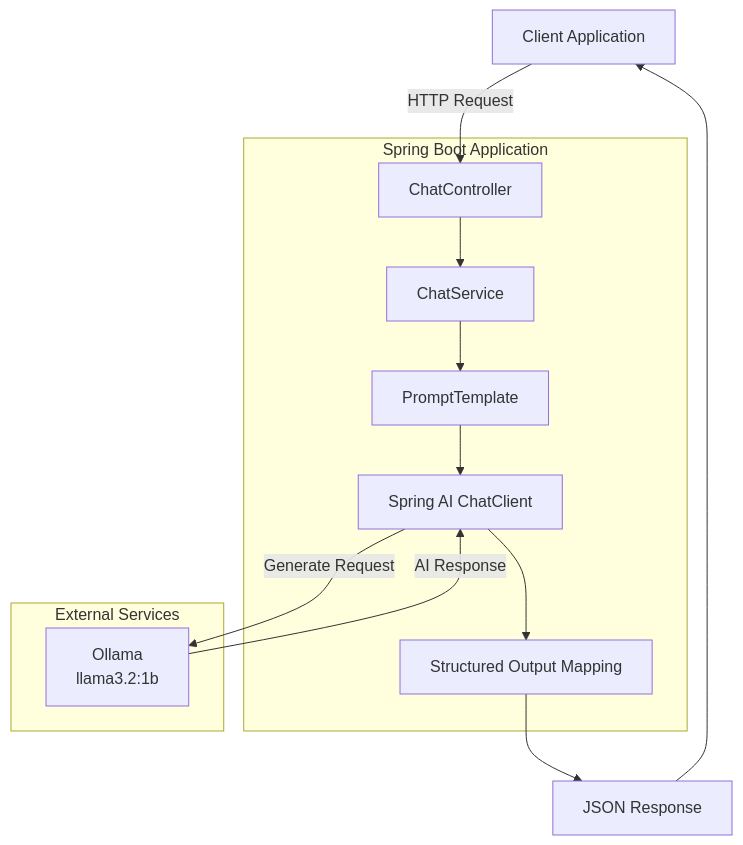
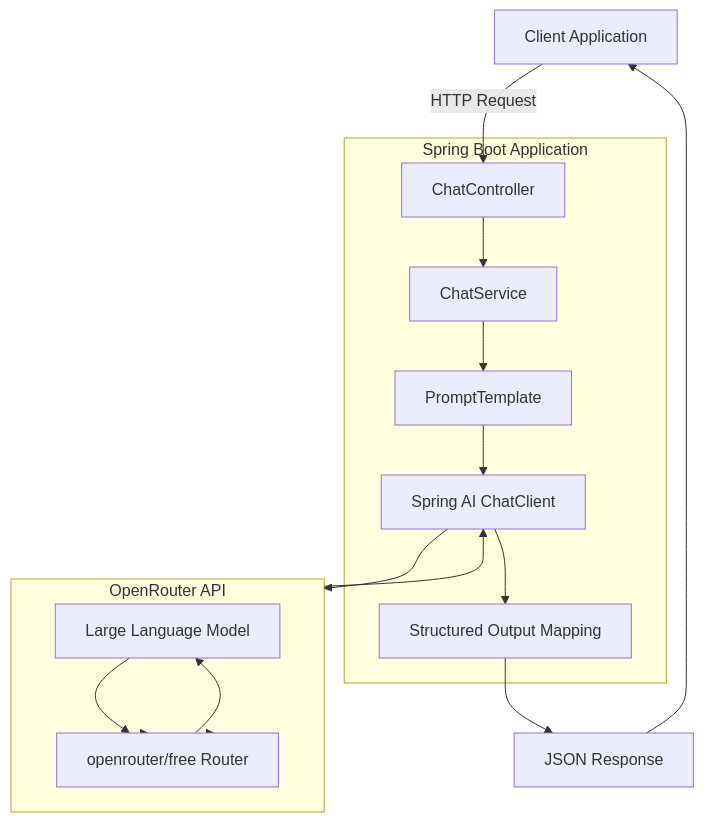
One commit to Evgen242/spring-ai-chat changed the diagram in README.md. Above: the diagram before and after it, drawn with Mermaid. The commit also changed other lines of this file and 4 other files, not shown here.

First line of the commit message:
feat: migrate from Ollama to OpenRouter API

````diff
--- a/README.md
+++ b/README.md
@@ -77,48 +71,33 @@
 ```mermaid
 flowchart TD
-
     Client[Client Application]
 
     subgraph SpringBoot["Spring Boot Application"]
-
         Controller[ChatController]
-
         Service[ChatService]
-
         Prompt[PromptTemplate]
-
         AI[Spring AI ChatClient]
-
         Parser[Structured Output Mapping]
-
     end
 
-
-    subgraph External["External Services"]
-
-        Ollama[Ollama<br/>llama3.2:1b]
-
+    subgraph OpenRouter["OpenRouter API"]
+        Router[openrouter/free Router]
+        LLM[Large Language Model]
     end
-
 
     Response[JSON Response]
 
-
     Client -->|HTTP Request| Controller
-
     Controller --> Service
-
     Service --> Prompt
-
     Prompt --> AI
-
-    AI -->|Generate Request| Ollama
-
-    Ollama -->|AI Response| AI
-
+    AI --> OpenRouter
+    OpenRouter --> Router
+    Router --> LLM
+    LLM --> Router
+    Router --> OpenRouter
+    OpenRouter --> AI
     AI --> Parser
-
     Parser --> Response
-
     Response --> Client
 ```
````
